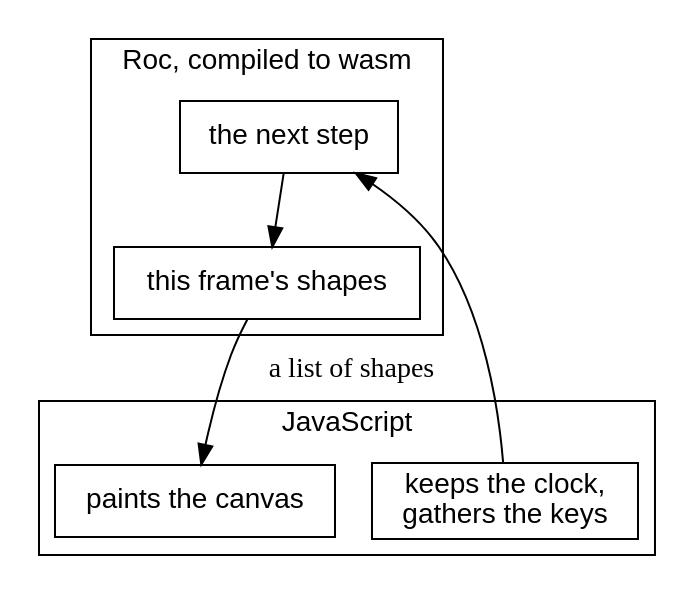
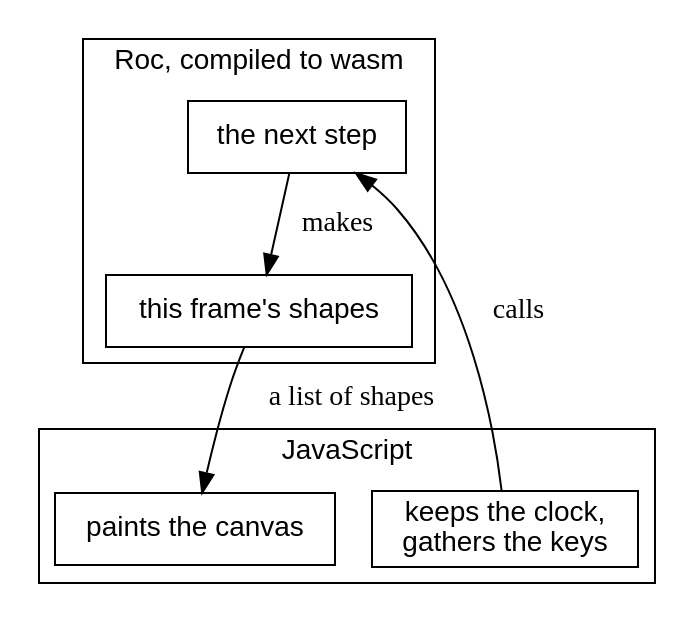
The third of 30 diagrams in canvas_apps/safari/tutorial/tutorial.md (showell/roc-apps), drawn with Graphviz before and after one commit. The commit also changed other lines of this file, not shown here.

````diff
--- a/canvas_apps/safari/tutorial/tutorial.md
+++ b/canvas_apps/safari/tutorial/tutorial.md
@@ -133,19 +143,19 @@
 ```dot
 digraph tick {
   node [shape=box, fontname="Helvetica"];
   fontname="Helvetica";
   subgraph cluster_js {
     label="JavaScript";
     runner [label="keeps the clock,\ngathers the keys"];
     paint [label="paints the canvas"];
   }
   subgraph cluster_roc {
     label="Roc, compiled to wasm";
     advance [label="the next step"];
     frame [label="this frame's shapes"];
   }
-  runner -> advance;
-  advance -> frame;
+  runner -> advance [label="  calls"];
+  advance -> frame [label="  makes"];
   frame -> paint [label="  a list of shapes"];
 }
 ```
````
